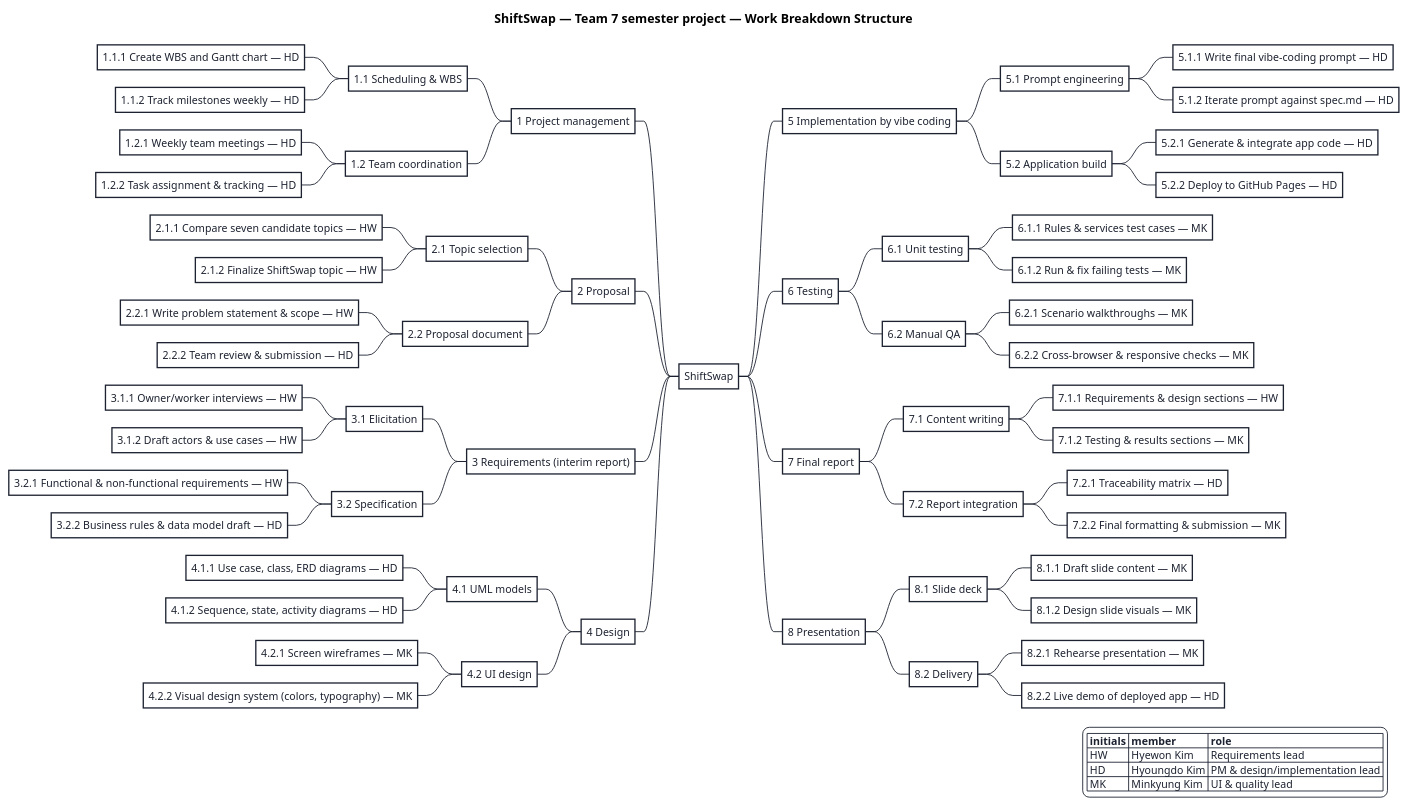
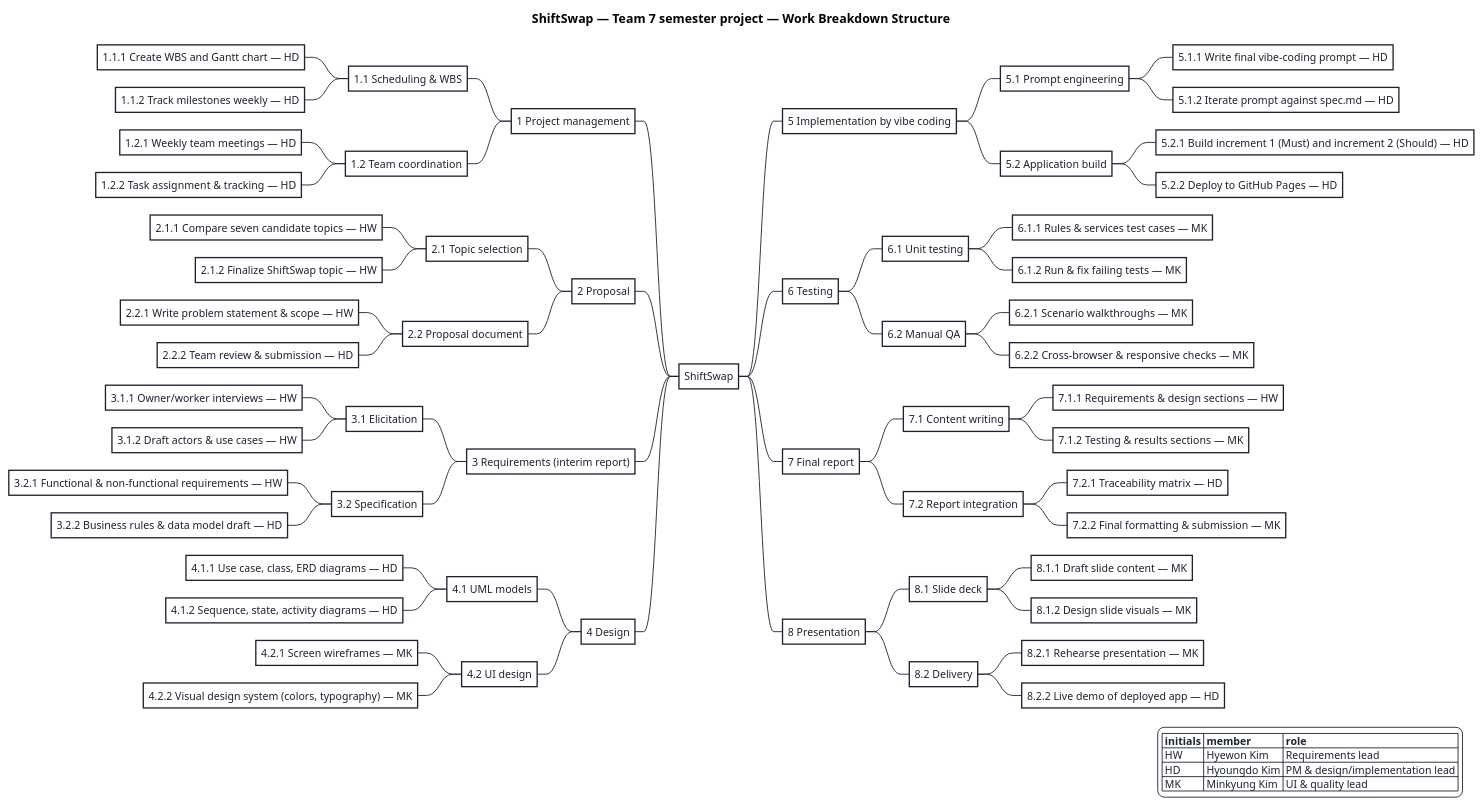
The diagram in uml/src/wbs.puml (keemlogan/shiftswap), drawn with PlantUML before and after one commit. The commit also changed 95 other files, not shown here.

Commit message:
Iteration 3: v3 UI, tests 62, UML aligned with code, report chapters 1-6 and 8, prompt v4 written

```diff
--- a/uml/src/wbs.puml
+++ b/uml/src/wbs.puml
@@ -1,96 +1,96 @@
 @startmindmap wbs
 <style>
 mindmapDiagram {
   BackGroundColor white
   LineColor #1C2230
   FontColor #1C2230
   FontName Helvetica
   FontSize 12
   node {
     RoundCorner 0
     Padding 6
     LineColor #1C2230
     BackGroundColor white
     HorizontalAlignment center
   }
 }
 </style>
 title ShiftSwap — Team 7 semester project — Work Breakdown Structure
 
 * ShiftSwap
 
 left side
 
 ** 1 Project management
 *** 1.1 Scheduling & WBS
 **** 1.1.1 Create WBS and Gantt chart — HD
 **** 1.1.2 Track milestones weekly — HD
 *** 1.2 Team coordination
 **** 1.2.1 Weekly team meetings — HD
 **** 1.2.2 Task assignment & tracking — HD
 
 ** 2 Proposal
 *** 2.1 Topic selection
 **** 2.1.1 Compare seven candidate topics — HW
 **** 2.1.2 Finalize ShiftSwap topic — HW
 *** 2.2 Proposal document
 **** 2.2.1 Write problem statement & scope — HW
 **** 2.2.2 Team review & submission — HD
 
 ** 3 Requirements (interim report)
 *** 3.1 Elicitation
 **** 3.1.1 Owner/worker interviews — HW
 **** 3.1.2 Draft actors & use cases — HW
 *** 3.2 Specification
 **** 3.2.1 Functional & non-functional requirements — HW
 **** 3.2.2 Business rules & data model draft — HD
 
 ** 4 Design
 *** 4.1 UML models
 **** 4.1.1 Use case, class, ERD diagrams — HD
 **** 4.1.2 Sequence, state, activity diagrams — HD
 *** 4.2 UI design
 **** 4.2.1 Screen wireframes — MK
 **** 4.2.2 Visual design system (colors, typography) — MK
 
 right side
 
 ** 5 Implementation by vibe coding
 *** 5.1 Prompt engineering
 **** 5.1.1 Write final vibe-coding prompt — HD
 **** 5.1.2 Iterate prompt against spec.md — HD
 *** 5.2 Application build
-**** 5.2.1 Generate & integrate app code — HD
+**** 5.2.1 Build increment 1 (Must) and increment 2 (Should) — HD
 **** 5.2.2 Deploy to GitHub Pages — HD
 
 ** 6 Testing
 *** 6.1 Unit testing
 **** 6.1.1 Rules & services test cases — MK
 **** 6.1.2 Run & fix failing tests — MK
 *** 6.2 Manual QA
 **** 6.2.1 Scenario walkthroughs — MK
 **** 6.2.2 Cross-browser & responsive checks — MK
 
 ** 7 Final report
 *** 7.1 Content writing
 **** 7.1.1 Requirements & design sections — HW
 **** 7.1.2 Testing & results sections — MK
 *** 7.2 Report integration
 **** 7.2.1 Traceability matrix — HD
 **** 7.2.2 Final formatting & submission — MK
 
 ** 8 Presentation
 *** 8.1 Slide deck
 **** 8.1.1 Draft slide content — MK
 **** 8.1.2 Design slide visuals — MK
 *** 8.2 Delivery
 **** 8.2.1 Rehearse presentation — MK
 **** 8.2.2 Live demo of deployed app — HD
 
 legend right
   |= initials |= member |= role |
   | HW | Hyewon Kim | Requirements lead |
   | HD | Hyoungdo Kim | PM & design/implementation lead |
   | MK | Minkyung Kim | UI & quality lead |
 endlegend
 @endmindmap
```
